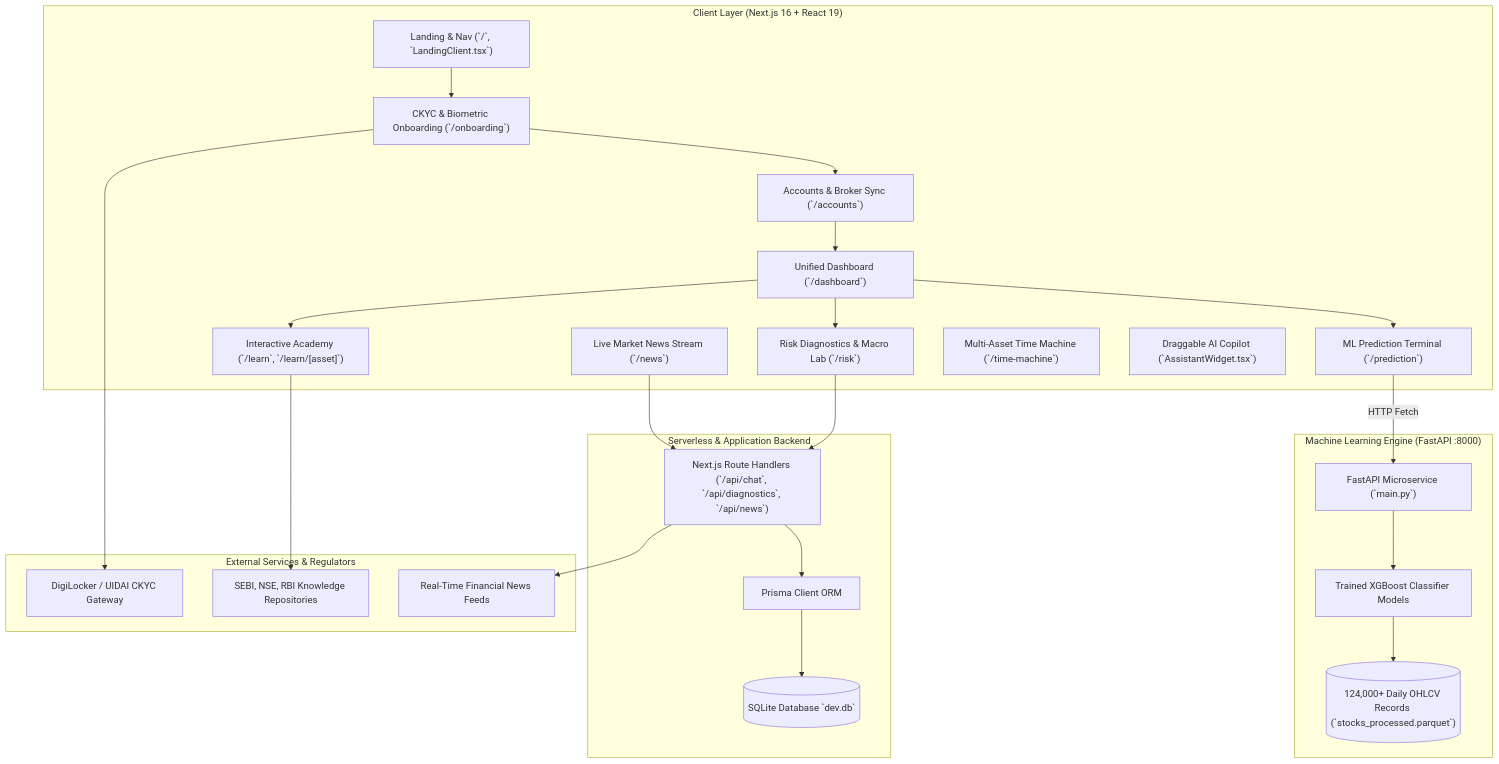
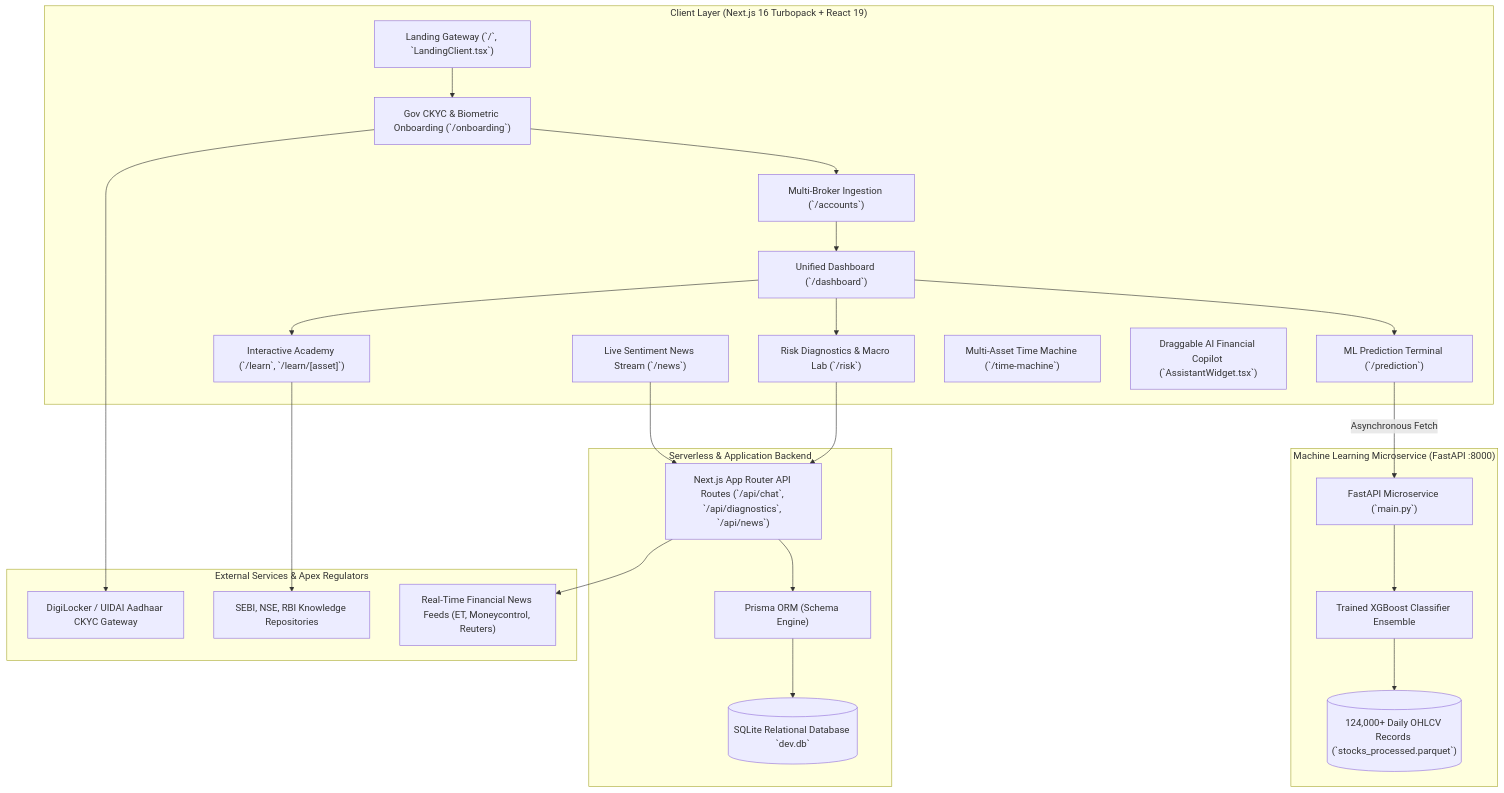
The diagram in README.md (aadiitya2007/Hack_On_Tracks), drawn with Mermaid before and after one commit. The commit also changed other lines of this file, not shown here.

Commit message:
docs: finalize submission-ready README with realistic imagery and architecture

````diff
--- a/README.md
+++ b/README.md
@@ -47,51 +82,51 @@
 ```mermaid
 flowchart TD
-    subgraph Client ["Client Layer (Next.js 16 + React 19)"]
-        UI["Landing & Nav (`/`, `LandingClient.tsx`)"]
-        Onboarding["CKYC & Biometric Onboarding (`/onboarding`)"]
+    subgraph Client ["Client Layer (Next.js 16 Turbopack + React 19)"]
+        Landing["Landing Gateway (`/`, `LandingClient.tsx`)"]
+        Onboarding["Gov CKYC & Biometric Onboarding (`/onboarding`)"]
         Dashboard["Unified Dashboard (`/dashboard`)"]
-        Accounts["Accounts & Broker Sync (`/accounts`)"]
+        Accounts["Multi-Broker Ingestion (`/accounts`)"]
         Risk["Risk Diagnostics & Macro Lab (`/risk`)"]
         Learn["Interactive Academy (`/learn`, `/learn/[asset]`)"]
         PredictUI["ML Prediction Terminal (`/prediction`)"]
-        NewsUI["Live Market News Stream (`/news`)"]
+        NewsUI["Live Sentiment News Stream (`/news`)"]
         TimeMach["Multi-Asset Time Machine (`/time-machine`)"]
-        Assistant["Draggable AI Copilot (`AssistantWidget.tsx`)"]
+        Assistant["Draggable AI Financial Copilot (`AssistantWidget.tsx`)"]
     end
 
     subgraph Backend ["Serverless & Application Backend"]
-        NextAPI["Next.js Route Handlers (`/api/chat`, `/api/diagnostics`, `/api/news`)"]
-        PrismaORM["Prisma Client ORM"]
-        LocalDB[(SQLite Database `dev.db`)]
+        NextAPI["Next.js App Router API Routes (`/api/chat`, `/api/diagnostics`, `/api/news`)"]
+        PrismaORM["Prisma ORM (Schema Engine)"]
+        LocalDB[(SQLite Relational Database `dev.db`)]
     end
 
-    subgraph MLService ["Machine Learning Engine (FastAPI :8000)"]
+    subgraph MLService ["Machine Learning Microservice (FastAPI :8000)"]
         FastAPIApp["FastAPI Microservice (`main.py`)"]
-        XGBoostModel["Trained XGBoost Classifier Models"]
+        XGBoostModel["Trained XGBoost Classifier Ensemble"]
         ParquetData[("124,000+ Daily OHLCV Records (`stocks_processed.parquet`)")]
     end
 
-    subgraph External ["External Services & Regulators"]
-        UIDAI["DigiLocker / UIDAI CKYC Gateway"]
+    subgraph External ["External Services & Apex Regulators"]
+        UIDAI["DigiLocker / UIDAI Aadhaar CKYC Gateway"]
         NSE_SEBI["SEBI, NSE, RBI Knowledge Repositories"]
-        MarketRSS["Real-Time Financial News Feeds"]
+        MarketRSS["Real-Time Financial News Feeds (ET, Moneycontrol, Reuters)"]
     end
 
-    UI --> Onboarding
+    Landing --> Onboarding
     Onboarding --> UIDAI
     Onboarding --> Accounts
     Accounts --> Dashboard
     Dashboard --> Risk
     Dashboard --> Learn
     Dashboard --> PredictUI
 
     Risk --> NextAPI
-    PredictUI -->|HTTP Fetch| FastAPIApp
+    PredictUI -->|Asynchronous Fetch| FastAPIApp
     FastAPIApp --> XGBoostModel
     XGBoostModel --> ParquetData
     Learn --> NSE_SEBI
     NewsUI --> NextAPI
     NextAPI --> MarketRSS
     NextAPI --> PrismaORM
     PrismaORM --> LocalDB
 ```
````
